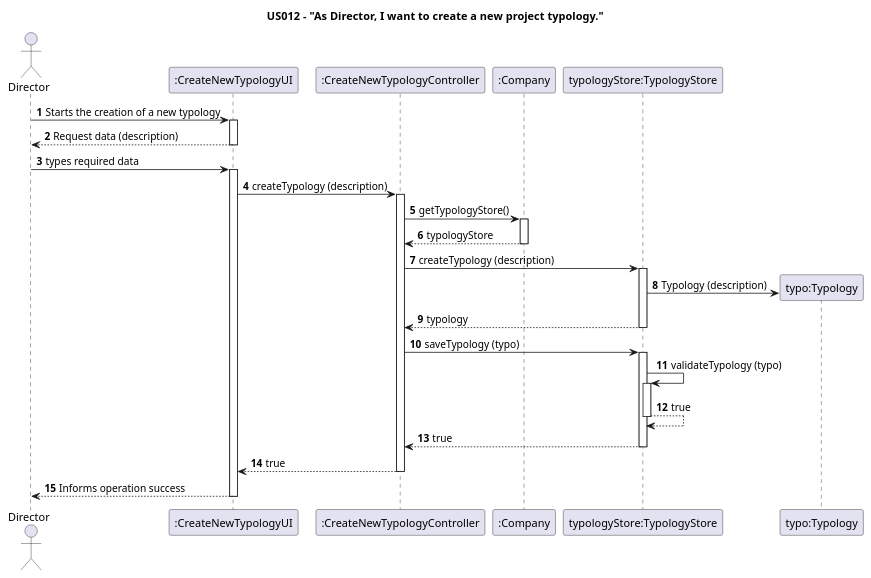
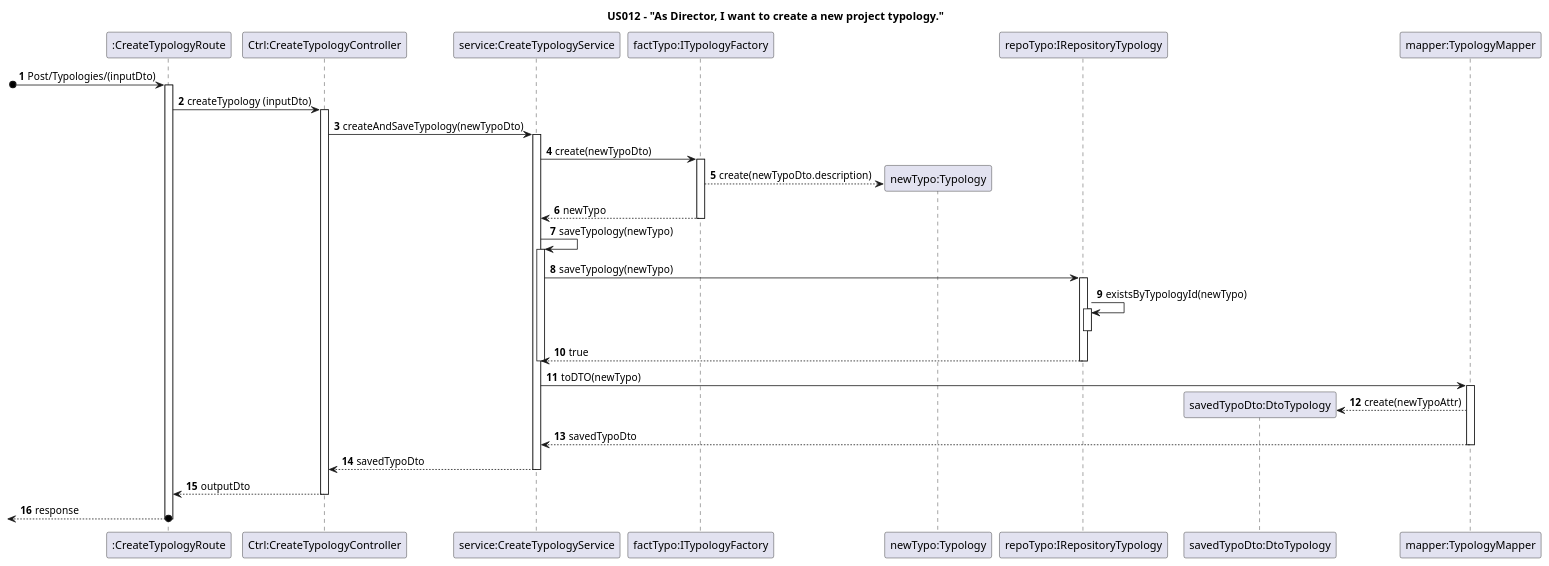
The diagram in docs/Sprint1/US012/US012-SD.puml (nunogon1211787/projectManagement), drawn with PlantUML before and after one commit. The commit also changed 45 other files, not shown here.

```diff
--- a/docs/Sprint1/US012/US012-SD.puml
+++ b/docs/Sprint1/US012/US012-SD.puml
@@ -1,32 +1,36 @@
 @startuml
 
 title US012 - "As Director, I want to create a new project typology."
 
 autoactivate on
 autonumber
 
-actor "Director" as Director
-participant ":CreateNewTypologyUI" as UI
-participant ":CreateNewTypologyController" as Controller
-participant ":Company" as Company
-participant "typologyStore:TypologyStore" as Store
-participant "typo:Typology" as Typology
+participant ":CreateTypologyRoute" as Router
+participant "Ctrl:CreateTypologyController" as Controller
+participant "service:CreateTypologyService" as Service
+participant "factTypo:ITypologyFactory" as Factory
+participant "newTypo:Typology" as Typology
+participant "repoTypo:IRepositoryTypology" as Repository
+participant "savedTypoDto:DtoTypology" as outputDTO
+participant "mapper:TypologyMapper" as Mapper
 
-Director -> UI: Starts the creation of a new typology
-return Request data (description)
-Director -> UI: types required data
-UI -> Controller: createTypology (description)
-Controller -> Company: getTypologyStore()
-return typologyStore
-Controller -> Store: createTypology (description)
-Store -> Typology**: Typology (description)
-return typology
-Controller -> Store: saveTypology (typo)
-Store -> Store: validateTypology (typo)
+[o-> Router: Post/Typologies/(inputDto)
+Router -> Controller: createTypology (inputDto)
+Controller -> Service: createAndSaveTypology(newTypoDto)
+Service -> Factory: create(newTypoDto)
+Factory --> Typology**: create(newTypoDto.description)
+return newTypo
+Service -> Service: saveTypology(newTypo)
+Service -> Repository: saveTypology(newTypo)
+Repository -> Repository: existsByTypologyId(newTypo)
+deactivate Repository
 return true
-return true
-return true
-return Informs operation success
-
+deactivate Service
+Service -> Mapper: toDTO(newTypo)
+Mapper --> outputDTO**: create(newTypoAttr)
+return savedTypoDto
+return savedTypoDto
+return outputDto
+[<--o Router: response
 
 @enduml
```
